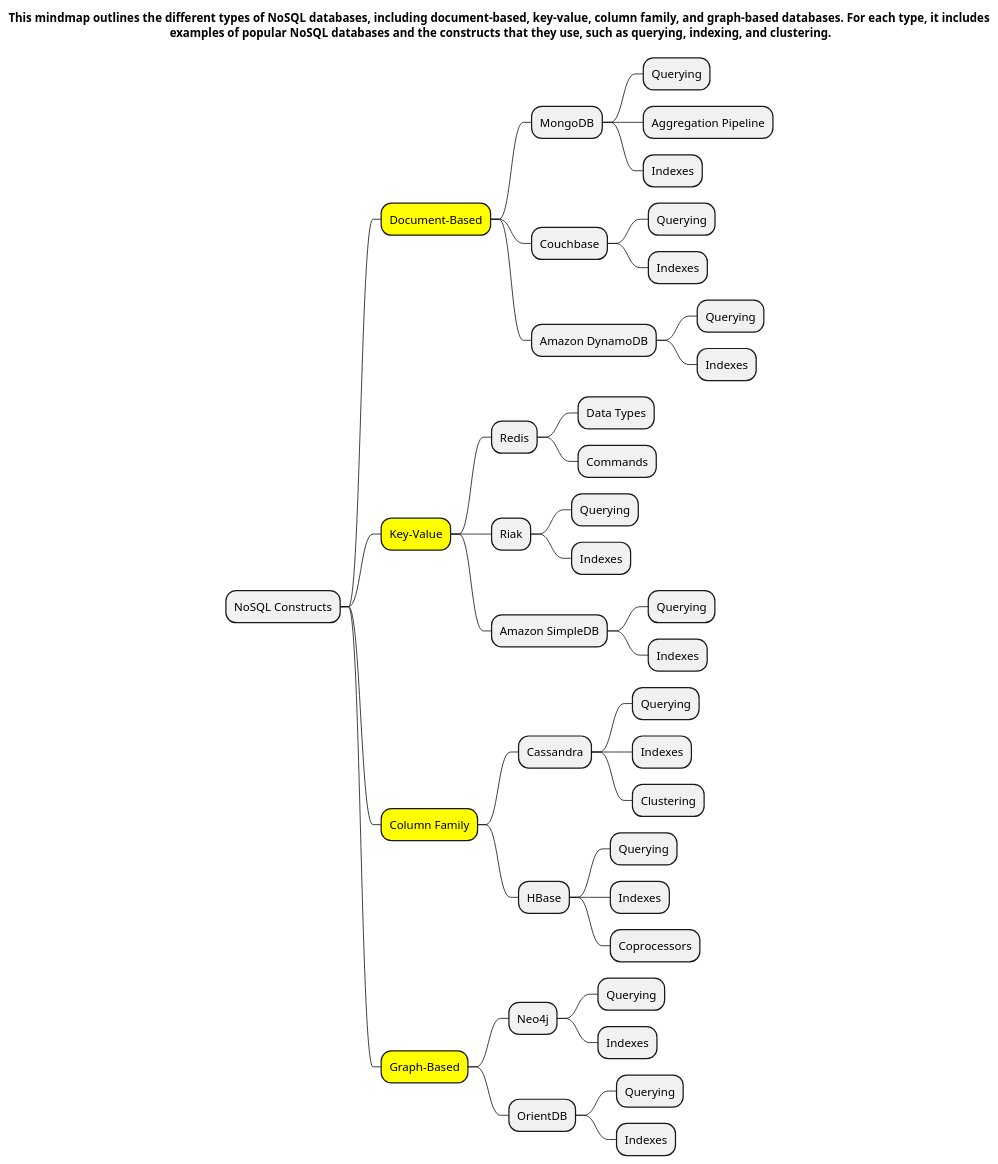
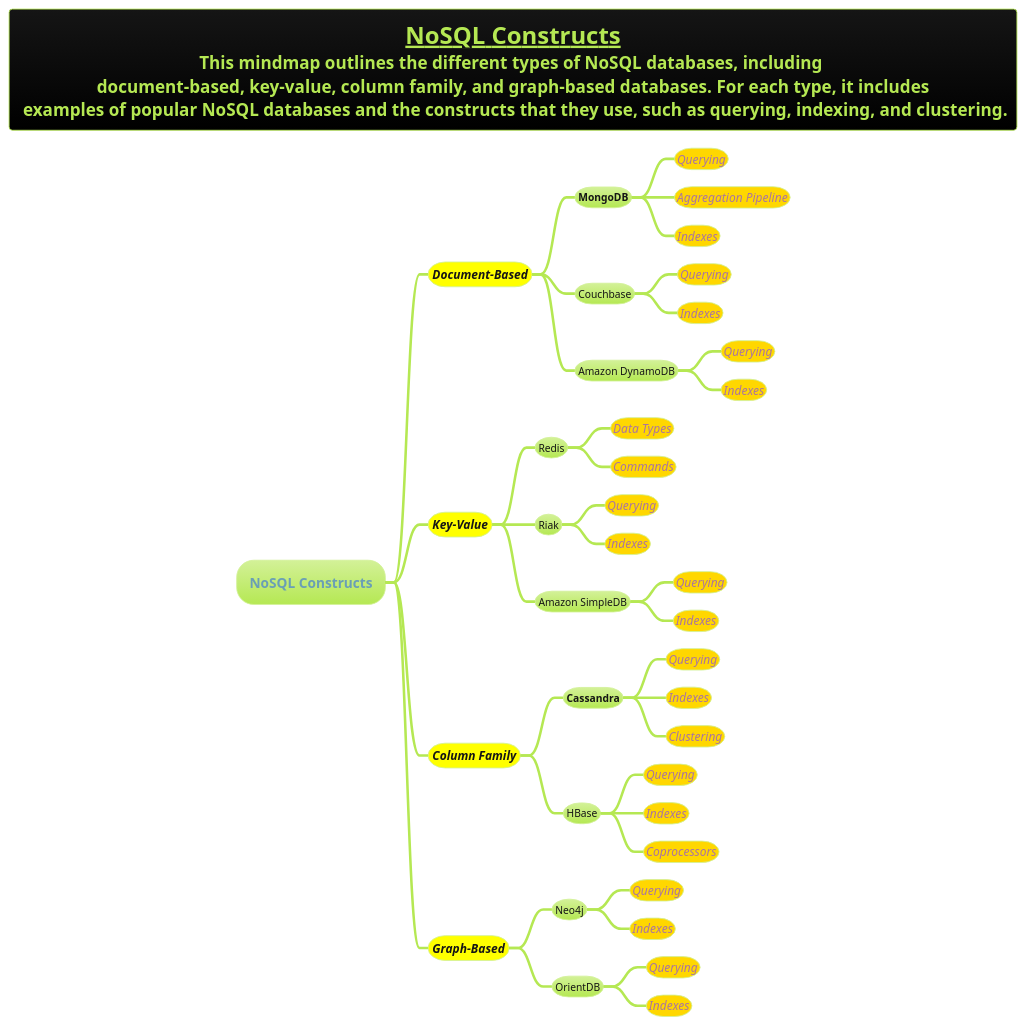
The diagram in docs/books/1-books-backlog/DBMS/NoSQL-Constructs.puml (MehmoodHashmi/Documentation-as-Code-DaC), drawn with PlantUML before and after one commit. The commit also changed 5 other files, not shown here.

```diff
--- a/docs/books/1-books-backlog/DBMS/NoSQL-Constructs.puml
+++ b/docs/books/1-books-backlog/DBMS/NoSQL-Constructs.puml
@@ -1,84 +1,84 @@
 @startmindmap
-title This mindmap outlines the different types of NoSQL databases, including document-based, key-value, column family, and graph-based databases. For each type, it includes\n examples of popular NoSQL databases and the constructs that they use, such as querying, indexing, and clustering.
+title =__NoSQL Constructs__\nThis mindmap outlines the different types of NoSQL databases, including \ndocument-based, key-value, column family, and graph-based databases. For each type, it includes\n examples of popular NoSQL databases and the constructs that they use, such as querying, indexing, and clustering.
 
-
+!theme hacker
 
 
 
 * NoSQL Constructs
 
-**[#yellow] Document-Based
+**[#yellow] ====Document-Based
 
-*** MongoDB
+*** **MongoDB**
 
-**** Querying
+****[#gold] ====<size:14>Querying
 
-**** Aggregation Pipeline
+****[#gold] ====<size:14>Aggregation Pipeline
 
-**** Indexes
+****[#gold] ====<size:14>Indexes
 
 *** Couchbase
 
-**** Querying
+****[#gold] ====<size:14>Querying
 
-**** Indexes
+****[#gold] ====<size:14>Indexes
 
 *** Amazon DynamoDB
 
-**** Querying
+****[#gold] ====<size:14>Querying
 
-**** Indexes
+****[#gold] ====<size:14>Indexes
 
-**[#yellow] Key-Value
+**[#yellow] ====Key-Value
 
 *** Redis
 
-**** Data Types
+****[#gold] ====<size:14>Data Types
 
-**** Commands
+****[#gold] ====<size:14>Commands
 
 *** Riak
 
-**** Querying
+****[#gold] ====<size:14>Querying
 
-**** Indexes
+****[#gold] ====<size:14>Indexes
 
 *** Amazon SimpleDB
 
-**** Querying
+****[#gold] ====<size:14>Querying
 
-**** Indexes
+****[#gold] ====<size:14>Indexes
 
-**[#yellow] Column Family
+**[#yellow] ====Column Family
 
-*** Cassandra
+*** **Cassandra**
 
-**** Querying
+****[#gold] ====<size:14>Querying
 
-**** Indexes
+****[#gold] ====<size:14>Indexes
 
-**** Clustering
+****[#gold] ====<size:14>Clustering
 
 *** HBase
 
-**** Querying
+****[#gold] ====<size:14>Querying
 
-**** Indexes
+****[#gold] ====<size:14>Indexes
 
-**** Coprocessors
+****[#gold] ====<size:14>Coprocessors
 
-**[#yellow]  Graph-Based
+**[#yellow]  ====Graph-Based
 
 *** Neo4j
 
-**** Querying
+****[#gold] ====<size:14>Querying
 
-**** Indexes
+****[#gold] ====<size:14>Indexes
 
 *** OrientDB
 
-**** Querying
+****[#gold] ====<size:14>Querying
 
-**** Indexes
+****[#gold] ====<size:14>Indexes
 
 @endmindmap
```
